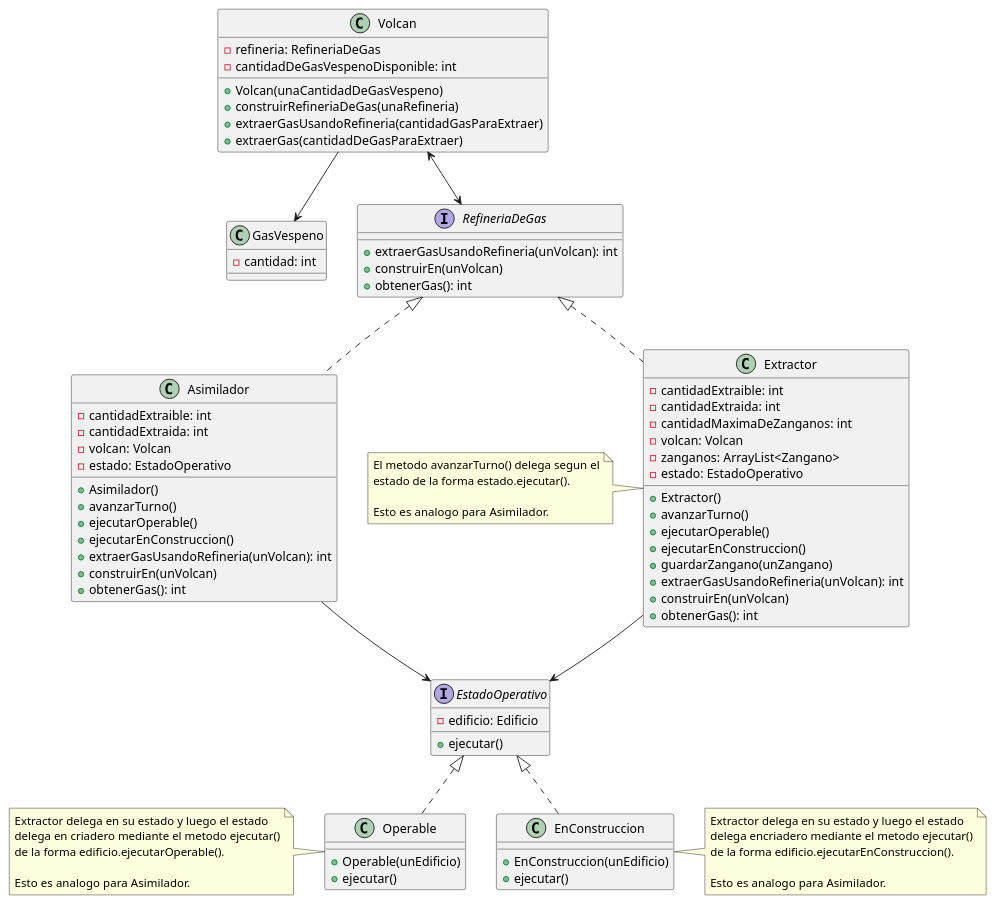
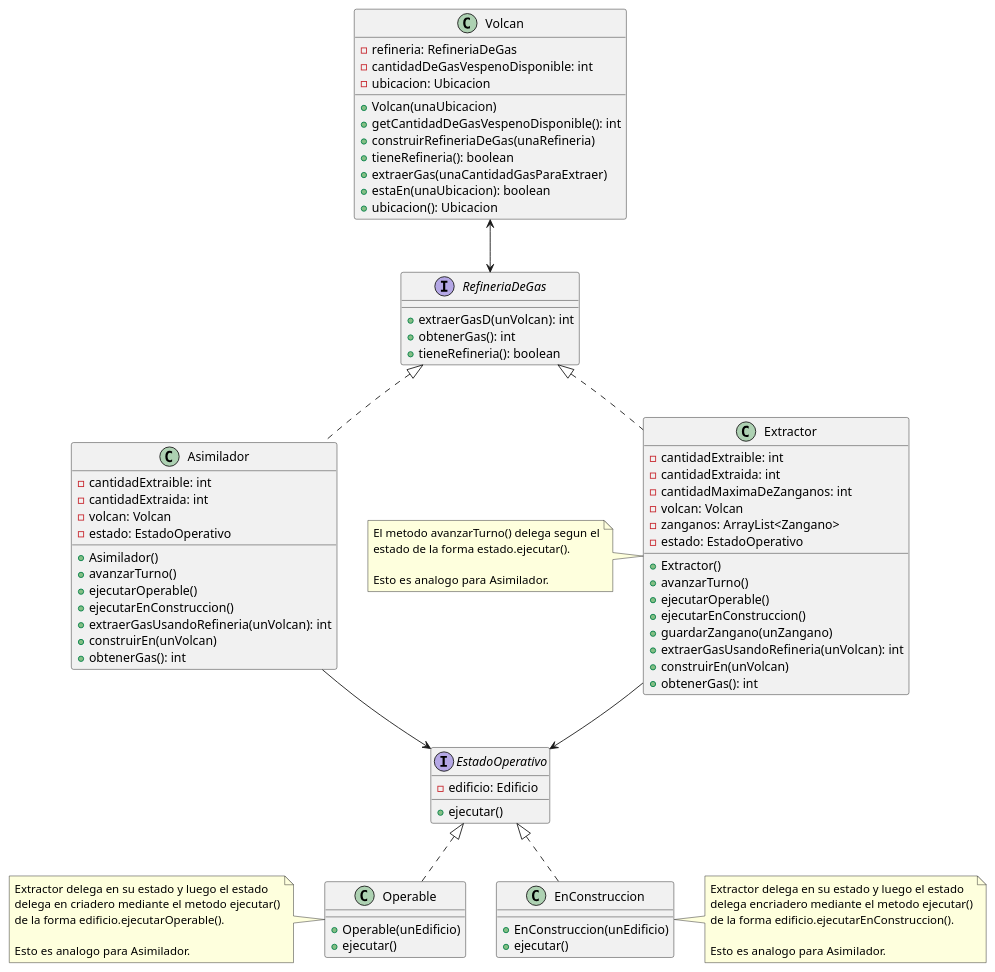
Before and after one commit to joeldevel/algo3_tp_2: the diagram in diagrams/classes/Diagramas de clase/Volcan.puml, drawn with PlantUML. The commit also changed 12 other files, not shown here.

Commit message:
Diagrama de clases: AlgoStar

```diff
--- a/diagrams/classes/Diagramas de clase/Volcan.puml
+++ b/diagrams/classes/Diagramas de clase/Volcan.puml
@@ -3,87 +3,86 @@
 @startuml
-
-class GasVespeno{
-    -cantidad: int
-}
 
 class Volcan{
 	-refineria: RefineriaDeGas
 	-cantidadDeGasVespenoDisponible: int
-	+Volcan(unaCantidadDeGasVespeno)
+	-ubicacion: Ubicacion
+	+Volcan(unaUbicacion)
+	+getCantidadDeGasVespenoDisponible(): int
 	+construirRefineriaDeGas(unaRefineria)
-	+extraerGasUsandoRefineria(cantidadGasParaExtraer)
-	+extraerGas(cantidadDeGasParaExtraer)
+	+tieneRefineria(): boolean
+	+extraerGas(unaCantidadGasParaExtraer)
+	+estaEn(unaUbicacion): boolean
+	+ubicacion(): Ubicacion
 }
 
 interface RefineriaDeGas{
-	+extraerGasUsandoRefineria(unVolcan): int
-	+construirEn(unVolcan)
+	+extraerGasD(unVolcan): int
 	+obtenerGas(): int
+	+tieneRefineria(): boolean
 }
 
 class Extractor{
 	-cantidadExtraible: int
 	-cantidadExtraida: int
 	-cantidadMaximaDeZanganos: int
 	-volcan: Volcan
 	-zanganos: ArrayList<Zangano>
 	-estado: EstadoOperativo
 	+Extractor()
 	+avanzarTurno()
 	+ejecutarOperable()
 	+ejecutarEnConstruccion()
 	+guardarZangano(unZangano)
 	+extraerGasUsandoRefineria(unVolcan): int
 	+construirEn(unVolcan)
 	+obtenerGas(): int
 }
 
 note left: El metodo avanzarTurno() delega segun el\nestado de la forma estado.ejecutar().\n\nEsto es analogo para Asimilador.
 
 interface EstadoOperativo{
     -edificio: Edificio
     +ejecutar()
 }
 
 class Operable{
     +Operable(unEdificio)
     +ejecutar()
 }
 
 note left: Extractor delega en su estado y luego el estado\ndelega en criadero mediante el metodo ejecutar()\nde la forma edificio.ejecutarOperable().\n\nEsto es analogo para Asimilador.
 
 class EnConstruccion{
     +EnConstruccion(unEdificio)
     +ejecutar()
 }
 
 note right: Extractor delega en su estado y luego el estado\ndelega encriadero mediante el metodo ejecutar()\nde la forma edificio.ejecutarEnConstruccion().\n\nEsto es analogo para Asimilador.
 
 class Asimilador{
     -cantidadExtraible: int
     -cantidadExtraida: int
     -volcan: Volcan
     -estado: EstadoOperativo
     +Asimilador()
     +avanzarTurno()
     +ejecutarOperable()
     +ejecutarEnConstruccion()
     +extraerGasUsandoRefineria(unVolcan): int
     +construirEn(unVolcan)
     +obtenerGas(): int
 }
 
 Operable ..up|> EstadoOperativo
 EnConstruccion ..up|> EstadoOperativo
 
 Extractor --> EstadoOperativo
 
 Asimilador --> EstadoOperativo
 
 RefineriaDeGas <|.. Extractor
 RefineriaDeGas <|.. Asimilador
 
-Volcan --> GasVespeno
 Volcan <--> RefineriaDeGas
 
 @enduml
```
